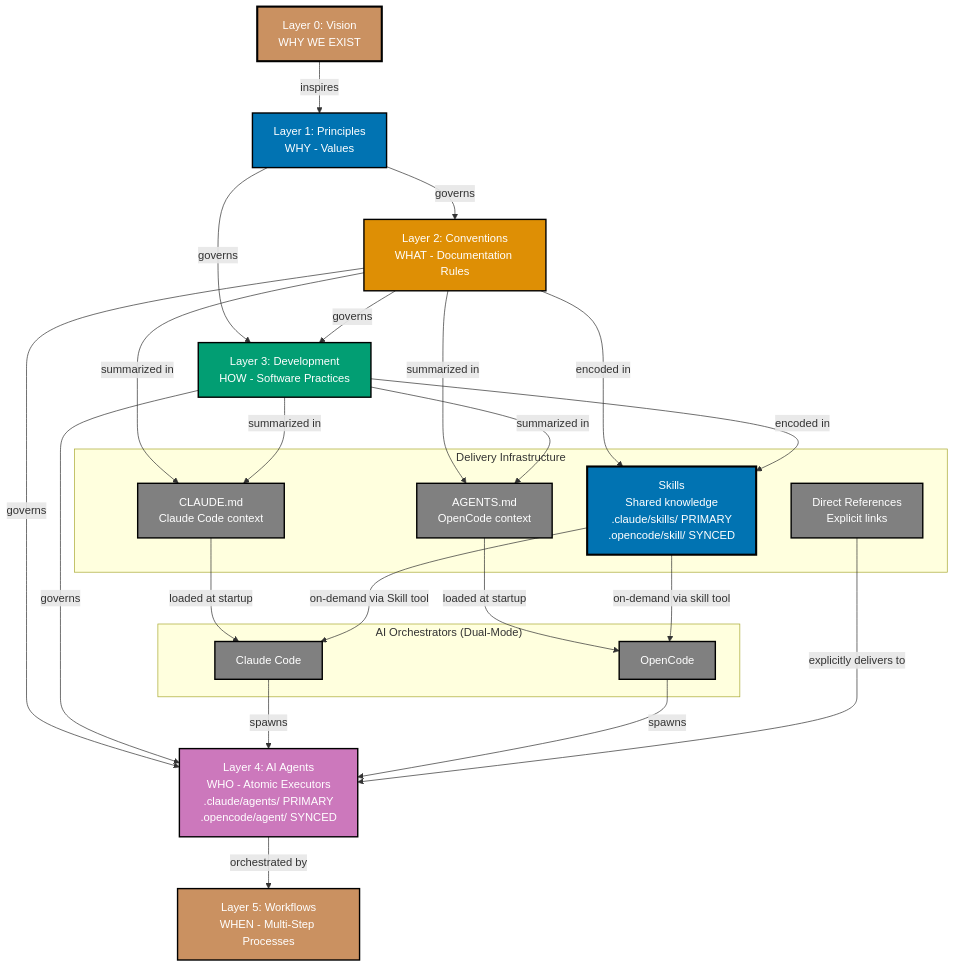
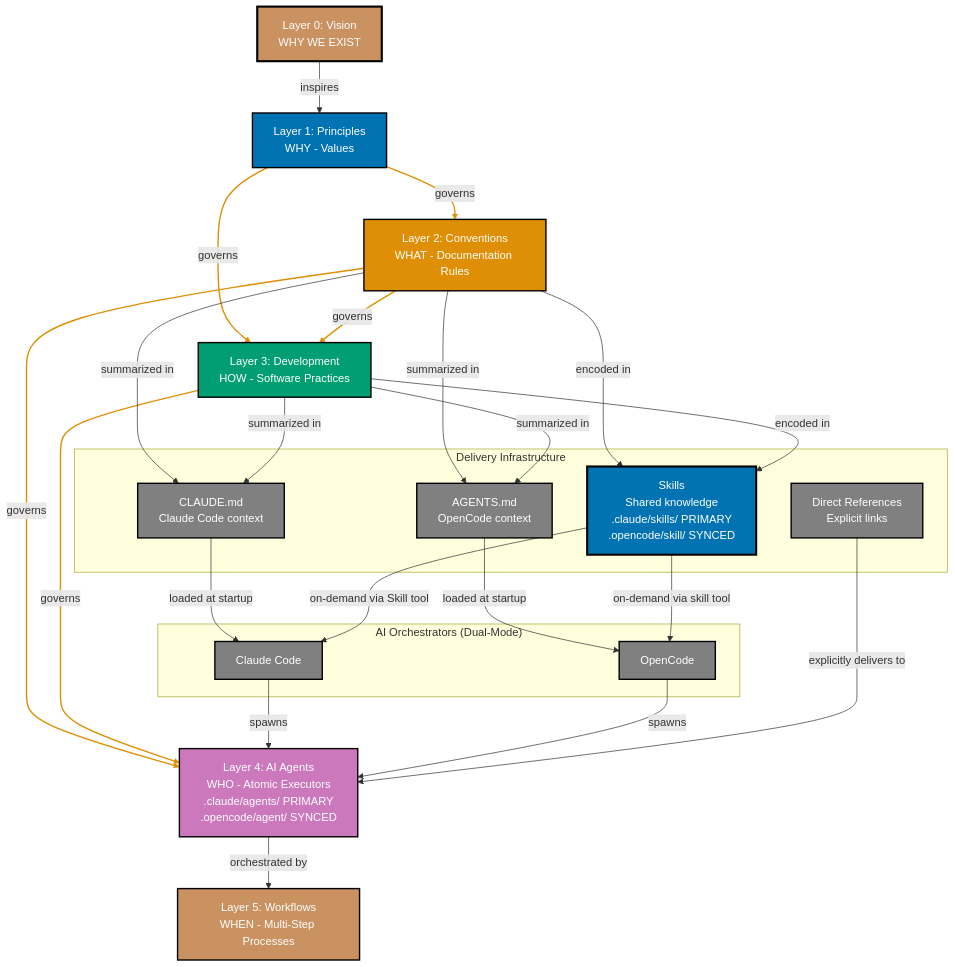
One commit to wahidyankf/open-sharia-enterprise changed the diagram in governance/repository-governance-architecture.md. Above: the diagram before and after it, drawn with Mermaid.

Commit message:
docs(governance): improve architecture diagram governance line styling
Update Mermaid diagram to better visualize governance relationships:
- Change "governs" lines from dotted to thick style (==>)
- Apply orange color (#DE8F05) to all governance relationships
- Maintains visual distinction between governance (orange thick) and other
  relationships (black regular)

Affected relationships:
- Principles governs Conventions
- Principles governs Development
- Conventions governs Development
- Conventions governs AI Agents
- Development governs AI Agents

````diff
--- a/governance/repository-governance-architecture.md
+++ b/governance/repository-governance-architecture.md
@@ -32,57 +32,59 @@
 ```mermaid
 %% Color Palette: Blue #0173B2, Orange #DE8F05, Teal #029E73, Purple #CC78BC, Brown #CA9161, Gray #808080
 graph TD
     L0[Layer 0: Vision<br/>WHY WE EXIST]
     L1[Layer 1: Principles<br/>WHY - Values]
     L2[Layer 2: Conventions<br/>WHAT - Documentation Rules]
     L3[Layer 3: Development<br/>HOW - Software Practices]
     L4[Layer 4: AI Agents<br/>WHO - Atomic Executors<br/>.claude/agents/ PRIMARY<br/>.opencode/agent/ SYNCED]
     L5[Layer 5: Workflows<br/>WHEN - Multi-Step Processes]
 
     subgraph Orchestrators["AI Orchestrators (Dual-Mode)"]
         CC[Claude Code]
         OC[OpenCode]
     end
 
     subgraph Delivery["Delivery Infrastructure"]
         CM[CLAUDE.md<br/>Claude Code context]
         AM[AGENTS.md<br/>OpenCode context]
         SK[Skills<br/>Shared knowledge<br/>.claude/skills/ PRIMARY<br/>.opencode/skill/ SYNCED]
         DR[Direct References<br/>Explicit links]
     end
 
     L0 -->|inspires| L1
-    L1 -->|governs| L2
-    L1 -->|governs| L3
-    L2 -->|governs| L3
-    L2 -->|governs| L4
-    L3 -->|governs| L4
+    L1 ==>|governs| L2
+    L1 ==>|governs| L3
+    L2 ==>|governs| L3
+    L2 ==>|governs| L4
+    L3 ==>|governs| L4
     L4 -->|orchestrated by| L5
 
     L2 -->|summarized in| CM
     L2 -->|summarized in| AM
     L2 -->|encoded in| SK
     L3 -->|summarized in| CM
     L3 -->|summarized in| AM
     L3 -->|encoded in| SK
     CM -->|loaded at startup| CC
     AM -->|loaded at startup| OC
     CC -->|spawns| L4
     OC -->|spawns| L4
     SK -->|on-demand via Skill tool| CC
     SK -->|on-demand via skill tool| OC
     DR -->|explicitly delivers to| L4
 
     style L0 fill:#CA9161,stroke:#000000,color:#FFFFFF,stroke-width:3px
     style L1 fill:#0173B2,stroke:#000000,color:#FFFFFF,stroke-width:2px
     style L2 fill:#DE8F05,stroke:#000000,color:#FFFFFF,stroke-width:2px
     style L3 fill:#029E73,stroke:#000000,color:#FFFFFF,stroke-width:2px
     style L4 fill:#CC78BC,stroke:#000000,color:#FFFFFF,stroke-width:2px
     style L5 fill:#CA9161,stroke:#000000,color:#FFFFFF,stroke-width:2px
     style CC fill:#808080,stroke:#000000,color:#FFFFFF,stroke-width:2px
     style OC fill:#808080,stroke:#000000,color:#FFFFFF,stroke-width:2px
     style CM fill:#808080,stroke:#000000,color:#FFFFFF,stroke-width:2px
     style AM fill:#808080,stroke:#000000,color:#FFFFFF,stroke-width:2px
     style SK fill:#0173B2,stroke:#000000,color:#FFFFFF,stroke-width:3px
     style DR fill:#808080,stroke:#000000,color:#FFFFFF,stroke-width:2px
+
+    linkStyle 1,2,3,4,5 stroke:#DE8F05,stroke-width:2px
 ```
````
